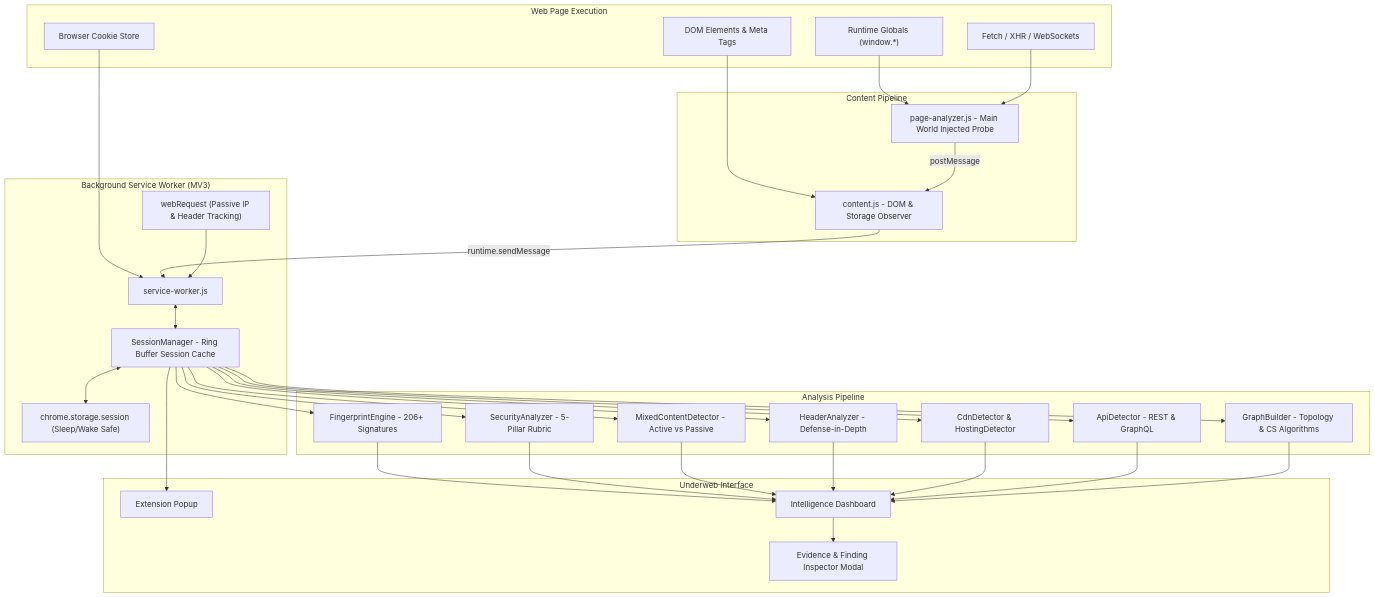
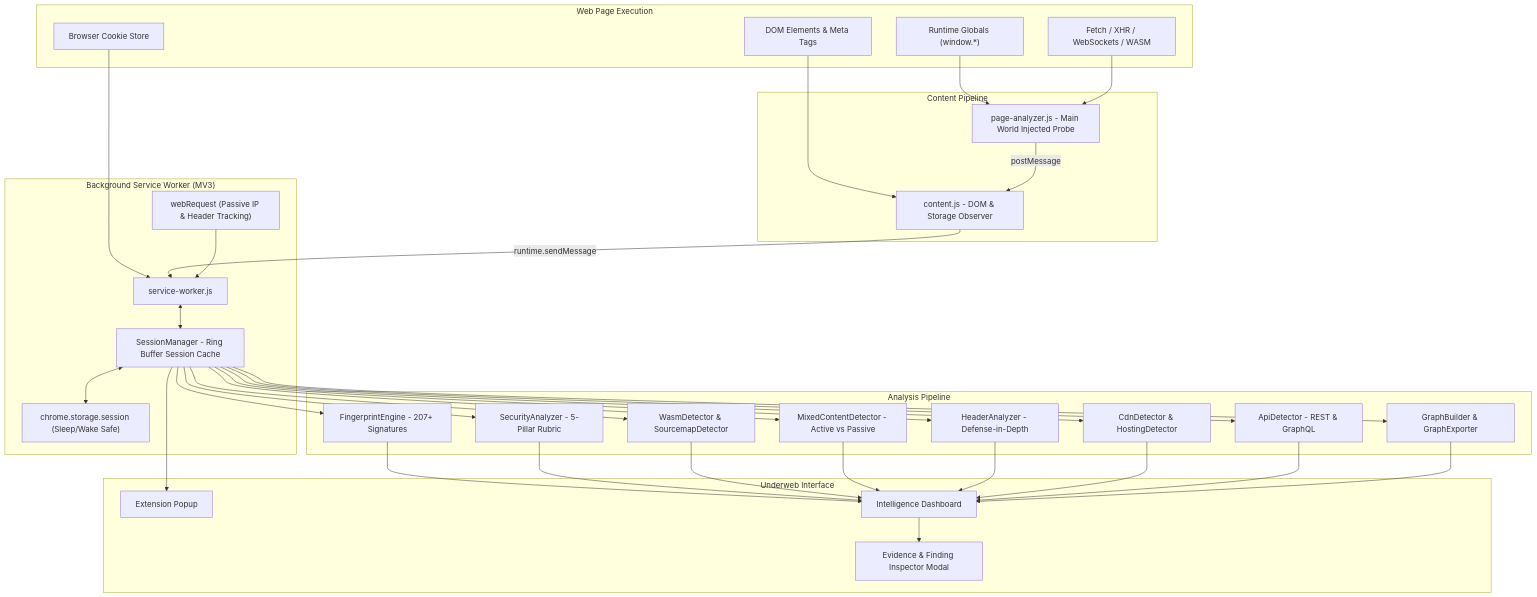
The diagram in README.md (amrnath005/Underweb), drawn with Mermaid before and after one commit. The commit also changed other lines of this file and 18 other files, not shown here.

Commit message:
feat: 10/10 milestone - CI actions, Mermaid export, playground demo, WASM analyzer & Firefox MV3 target

````diff
--- a/README.md
+++ b/README.md
@@ -79,53 +98,54 @@
 ```mermaid
 flowchart TD
     subgraph Browser ["Web Page Execution"]
         DOM[DOM Elements & Meta Tags]
         WIN["Runtime Globals (window.*)"]
-        NET["Fetch / XHR / WebSockets"]
+        NET["Fetch / XHR / WebSockets / WASM"]
         CK[Browser Cookie Store]
     end
 
     subgraph ContentScript ["Content Pipeline"]
         CS[content.js - DOM & Storage Observer]
         PA[page-analyzer.js - Main World Injected Probe]
     end
 
     subgraph ExtensionEngine ["Background Service Worker (MV3)"]
         SW[service-worker.js]
         WR["webRequest (Passive IP & Header Tracking)"]
         SM[SessionManager - Ring Buffer Session Cache]
         ST["chrome.storage.session (Sleep/Wake Safe)"]
     end
 
     subgraph Analyzers ["Analysis Pipeline"]
-        FE[FingerprintEngine - 206+ Signatures]
+        FE[FingerprintEngine - 207+ Signatures]
         SEC[SecurityAnalyzer - 5-Pillar Rubric]
+        WASM[WasmDetector & SourcemapDetector]
         MC[MixedContentDetector - Active vs Passive]
         HA[HeaderAnalyzer - Defense-in-Depth]
         CD[CdnDetector & HostingDetector]
         API[ApiDetector - REST & GraphQL]
-        GB[GraphBuilder - Topology & CS Algorithms]
+        GB[GraphBuilder & GraphExporter]
     end
 
     subgraph UI ["Underweb Interface"]
         POP[Extension Popup]
         DASH[Intelligence Dashboard]
         MODAL[Evidence & Finding Inspector Modal]
     end
 
     DOM --> CS
     WIN --> PA
     NET --> PA
     CK --> SW
 
     PA -->|postMessage| CS
     CS -->|runtime.sendMessage| SW
     WR --> SW
     SW <--> SM
     SM <--> ST
 
-    SM --> FE & SEC & MC & HA & CD & API & GB
-    FE & SEC & MC & HA & CD & API & GB --> DASH
+    SM --> FE & SEC & WASM & MC & HA & CD & API & GB
+    FE & SEC & WASM & MC & HA & CD & API & GB --> DASH
     DASH --> MODAL
     SM --> POP
 ```
````
